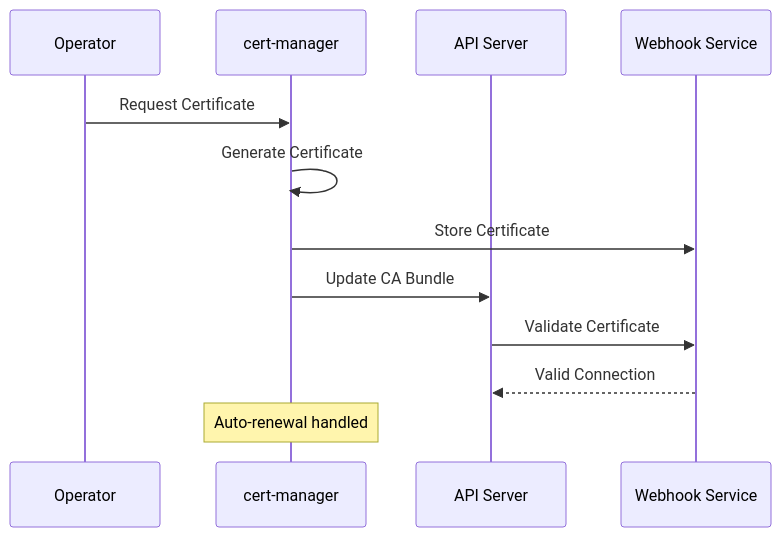
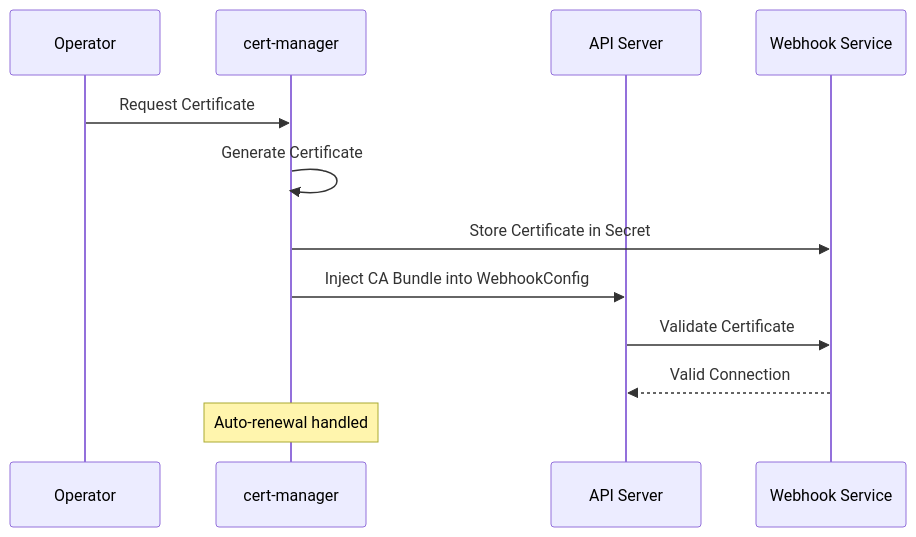
One commit to piyushjajoo/k8s-operators-course changed the third of 6 diagrams in module-05/lessons/04-webhook-deployment.md. Above: the diagram before and after it, drawn with Mermaid. The commit also changed other lines of this file and 4 other files, not shown here.

````diff
--- a/module-05/lessons/04-webhook-deployment.md
+++ b/module-05/lessons/04-webhook-deployment.md
@@ -32,16 +57,16 @@
 ```mermaid
 sequenceDiagram
     participant Operator
     participant CertMgr as cert-manager
     participant API as API Server
     participant Webhook as Webhook Service
     
     Operator->>CertMgr: Request Certificate
     CertMgr->>CertMgr: Generate Certificate
-    CertMgr->>Webhook: Store Certificate
-    CertMgr->>API: Update CA Bundle
+    CertMgr->>Webhook: Store Certificate in Secret
+    CertMgr->>API: Inject CA Bundle into WebhookConfig
     API->>Webhook: Validate Certificate
     Webhook-->>API: Valid Connection
     
     Note over CertMgr: Auto-renewal handled
 ```
````
